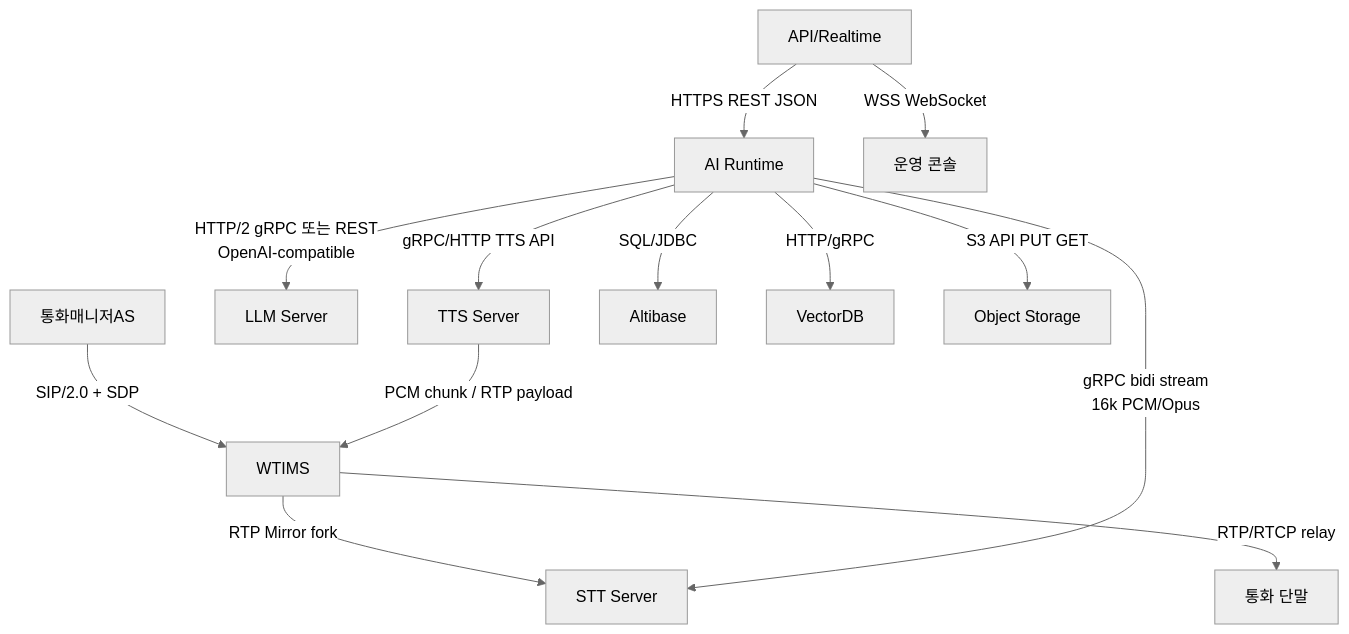
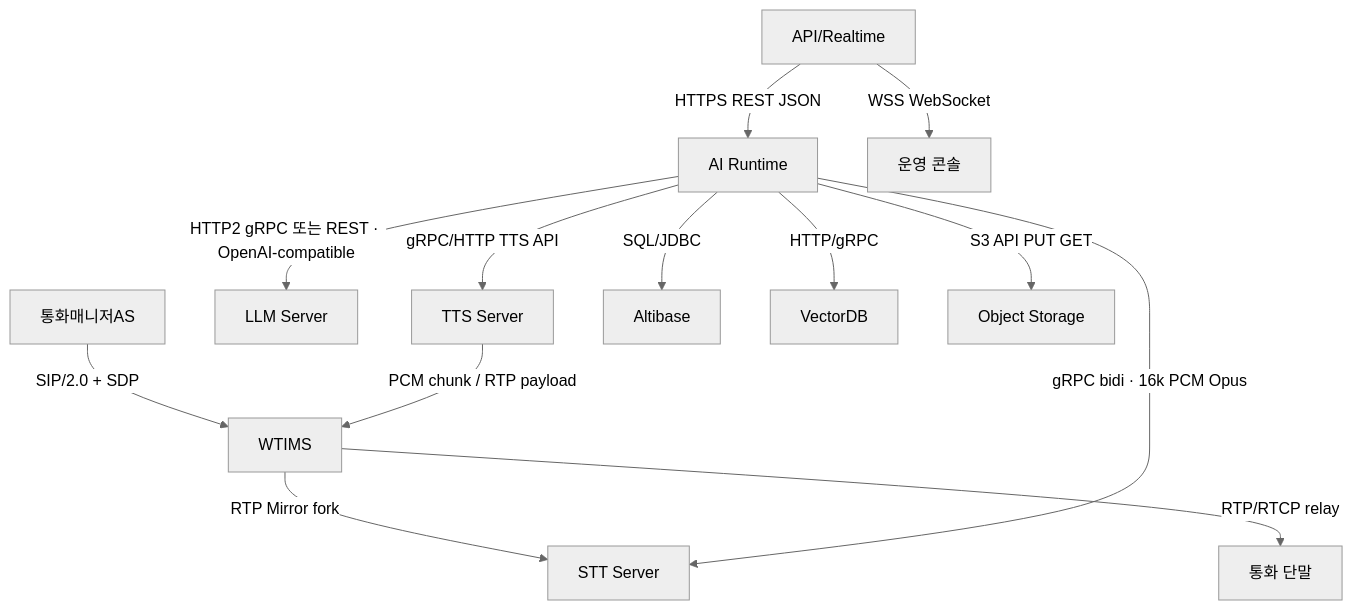
Before and after one commit to hak023/agentic_ai_callbot: the second of 4 diagrams in docs/architecture/production-deployment-architecture.md, drawn with Mermaid (neutral theme).

Commit message:
fix(docs): 섹션3 Mermaid 링크 레이블에서 br/HTML 의존 제거

````diff
--- a/docs/architecture/production-deployment-architecture.md
+++ b/docs/architecture/production-deployment-architecture.md
@@ -113,15 +113,15 @@
 ```mermaid
 flowchart TD
     CM["통화매니저AS"] -->|SIP/2.0 + SDP| WT["WTIMS"]
     WT -->|RTP/RTCP relay| EP["통화 단말"]
     WT -->|RTP Mirror fork| STT["STT Server"]
-    AIR["AI Runtime"] -->|gRPC bidi stream<br/>16k PCM/Opus| STT
-    AIR -->|HTTP/2 gRPC 또는 REST<br/>OpenAI-compatible| LLM["LLM Server"]
+    AIR["AI Runtime"] -->|gRPC bidi · 16k PCM Opus| STT
+    AIR -->|HTTP2 gRPC 또는 REST · OpenAI-compatible| LLM["LLM Server"]
     AIR -->|gRPC/HTTP TTS API| TTS["TTS Server"]
     TTS -->|PCM chunk / RTP payload| WT
     API["API/Realtime"] -->|HTTPS REST JSON| AIR
     API -->|WSS WebSocket| CON["운영 콘솔"]
     AIR -->|SQL/JDBC| ALT["Altibase"]
     AIR -->|HTTP/gRPC| VDB["VectorDB"]
     AIR -->|S3 API PUT GET| OBJ["Object Storage"]
 ```
````
